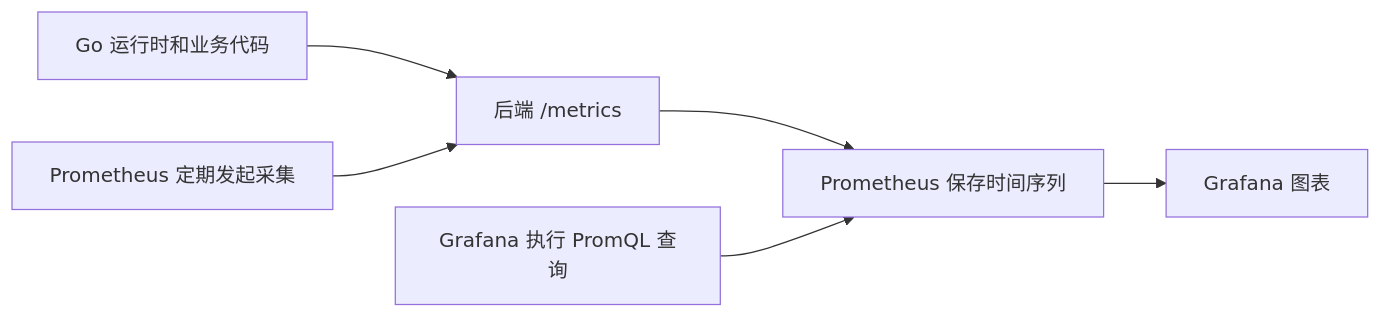
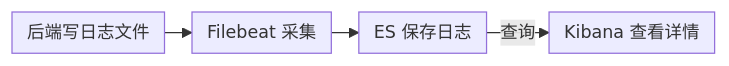
One commit to calmking4/seekF changed the second of 2 diagrams in seekF-backend/docs/观测.md. Above: the diagram before and after it, drawn with Mermaid. The commit also changed other lines of this file and 11 other files, not shown here.

````diff
--- a/seekF-backend/docs/观测.md
+++ b/seekF-backend/docs/观测.md
@@ -20,8 +215,7 @@
 ```mermaid
+%%{init: {"themeVariables": {"fontSize": "14px"}, "flowchart": {"nodeSpacing": 18, "rankSpacing": 22, "padding": 6}}}%%
 flowchart LR
-    A[Go 运行时和业务代码] --> B[后端 /metrics]
-    C[Prometheus 定期发起采集] --> B
-    B --> D[Prometheus 保存时间序列]
-    E[Grafana 执行 PromQL 查询] --> D
-    D --> F[Grafana 图表]
+    A[后端写日志文件] --> B[Filebeat 采集]
+    B --> C[ES 保存日志]
+    C -->|查询| D[Kibana 查看详情]
 ```
````
